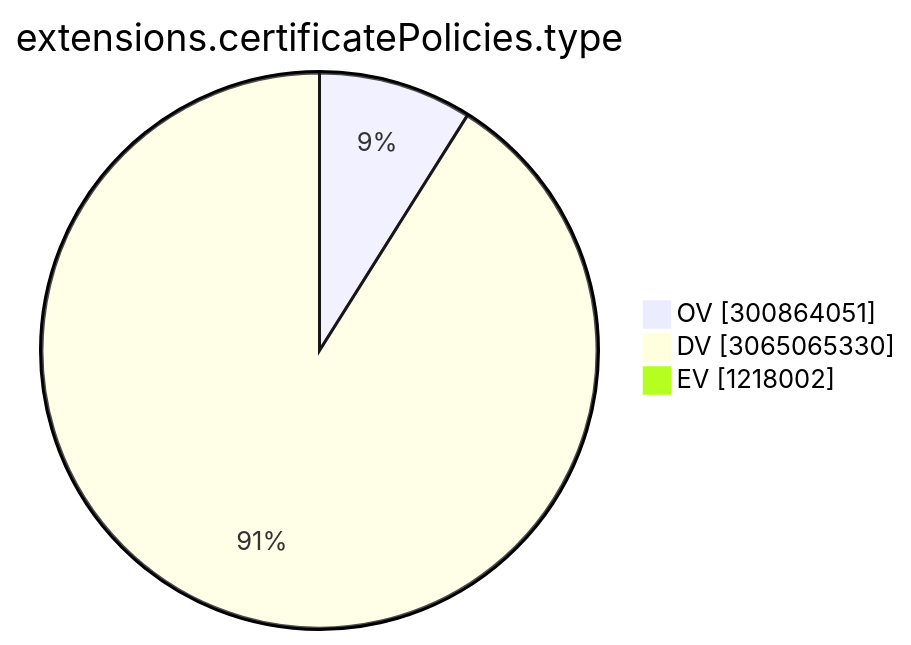
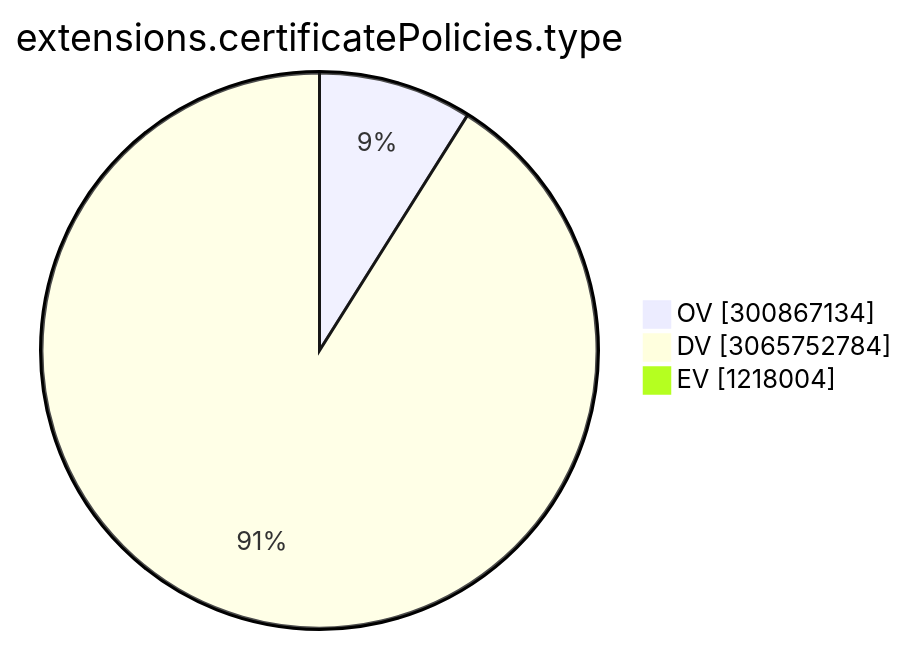
The ninth of 15 diagrams in TOTAL/README.md (christiankrug/ctmonitor_visualization), drawn with Mermaid before and after one commit. The commit also changed other lines of this file, not shown here.

````diff
--- a/TOTAL/README.md
+++ b/TOTAL/README.md
@@ -3102,7 +3102,7 @@
 ```mermaid
 pie showData
 title extensions.certificatePolicies.type
-"OV" :300864051
-"DV" :3065065330
-"EV" :1218002
+"OV" :300867134
+"DV" :3065752784
+"EV" :1218004
 ```
````
